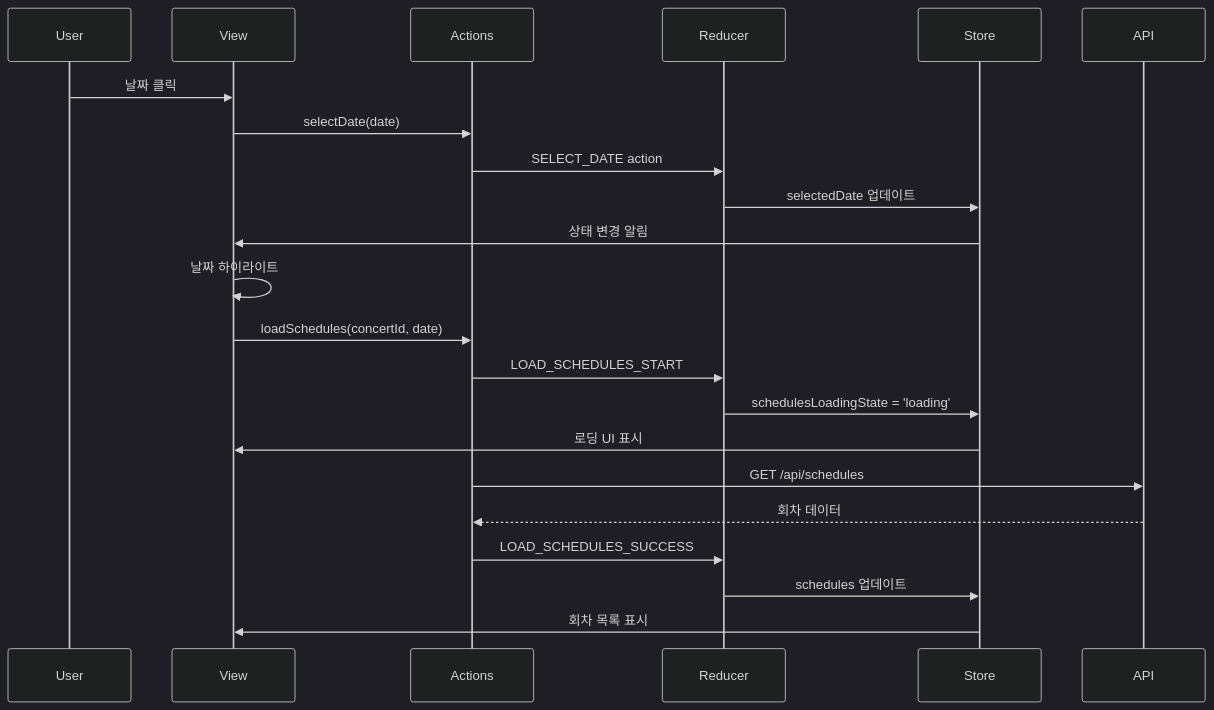
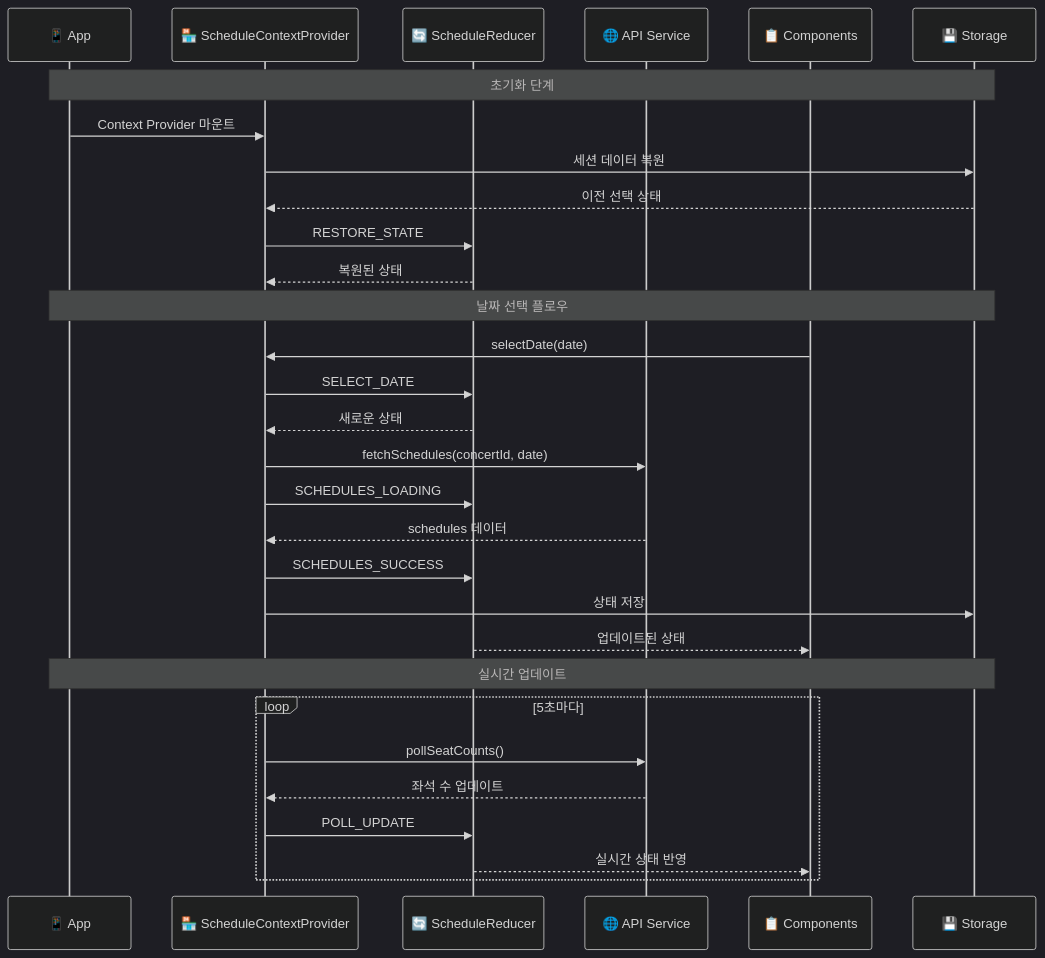
The third of 3 diagrams in docs/state-management.md (makerjkk/vmc-3-ticket-booking), drawn with Mermaid (dark theme) before and after one commit. The commit also changed other lines of this file and 28 other files, not shown here.

````diff
--- a/docs/state-management.md
+++ b/docs/state-management.md
@@ -253,27 +121,35 @@
 ```mermaid
 sequenceDiagram
-    participant U as User
-    participant V as View
-    participant A as Actions
-    participant R as Reducer
-    participant S as Store
-    participant API as API
+    participant App as 📱 App
+    participant SCP as 🏪 ScheduleContextProvider
+    participant SR as 🔄 ScheduleReducer
+    participant API as 🌐 API Service
+    participant Comp as 📋 Components
+    participant Storage as 💾 Storage
     
-    U->>V: 날짜 클릭
-    V->>A: selectDate(date)
-    A->>R: SELECT_DATE action
-    R->>S: selectedDate 업데이트
-    S->>V: 상태 변경 알림
-    V->>V: 날짜 하이라이트
+    Note over App,Storage: 초기화 단계
+    App->>SCP: Context Provider 마운트
+    SCP->>Storage: 세션 데이터 복원
+    Storage-->>SCP: 이전 선택 상태
+    SCP->>SR: RESTORE_STATE
+    SR-->>SCP: 복원된 상태
     
-    V->>A: loadSchedules(concertId, date)
-    A->>R: LOAD_SCHEDULES_START
-    R->>S: schedulesLoadingState = 'loading'
-    S->>V: 로딩 UI 표시
+    Note over App,Storage: 날짜 선택 플로우
+    Comp->>SCP: selectDate(date)
+    SCP->>SR: SELECT_DATE
+    SR-->>SCP: 새로운 상태
+    SCP->>API: fetchSchedules(concertId, date)
+    SCP->>SR: SCHEDULES_LOADING
+    API-->>SCP: schedules 데이터
+    SCP->>SR: SCHEDULES_SUCCESS
+    SCP->>Storage: 상태 저장
+    SR-->>Comp: 업데이트된 상태
     
-    A->>API: GET /api/schedules
-    API-->>A: 회차 데이터
-    A->>R: LOAD_SCHEDULES_SUCCESS
-    R->>S: schedules 업데이트
-    S->>V: 회차 목록 표시
+    Note over App,Storage: 실시간 업데이트
+    loop 5초마다
+        SCP->>API: pollSeatCounts()
+        API-->>SCP: 좌석 수 업데이트
+        SCP->>SR: POLL_UPDATE
+        SR-->>Comp: 실시간 상태 반영
+    end
 ```
````
